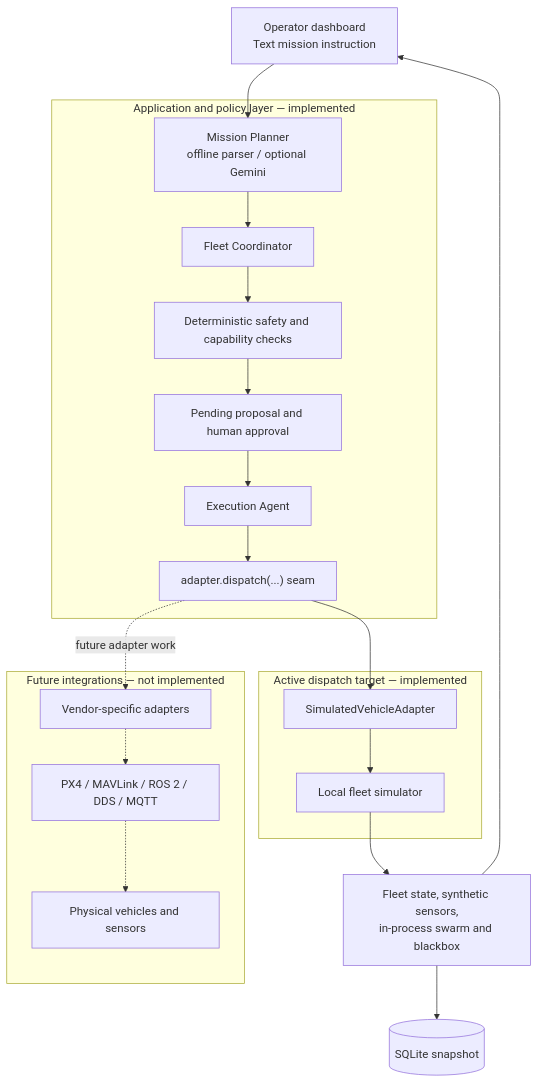
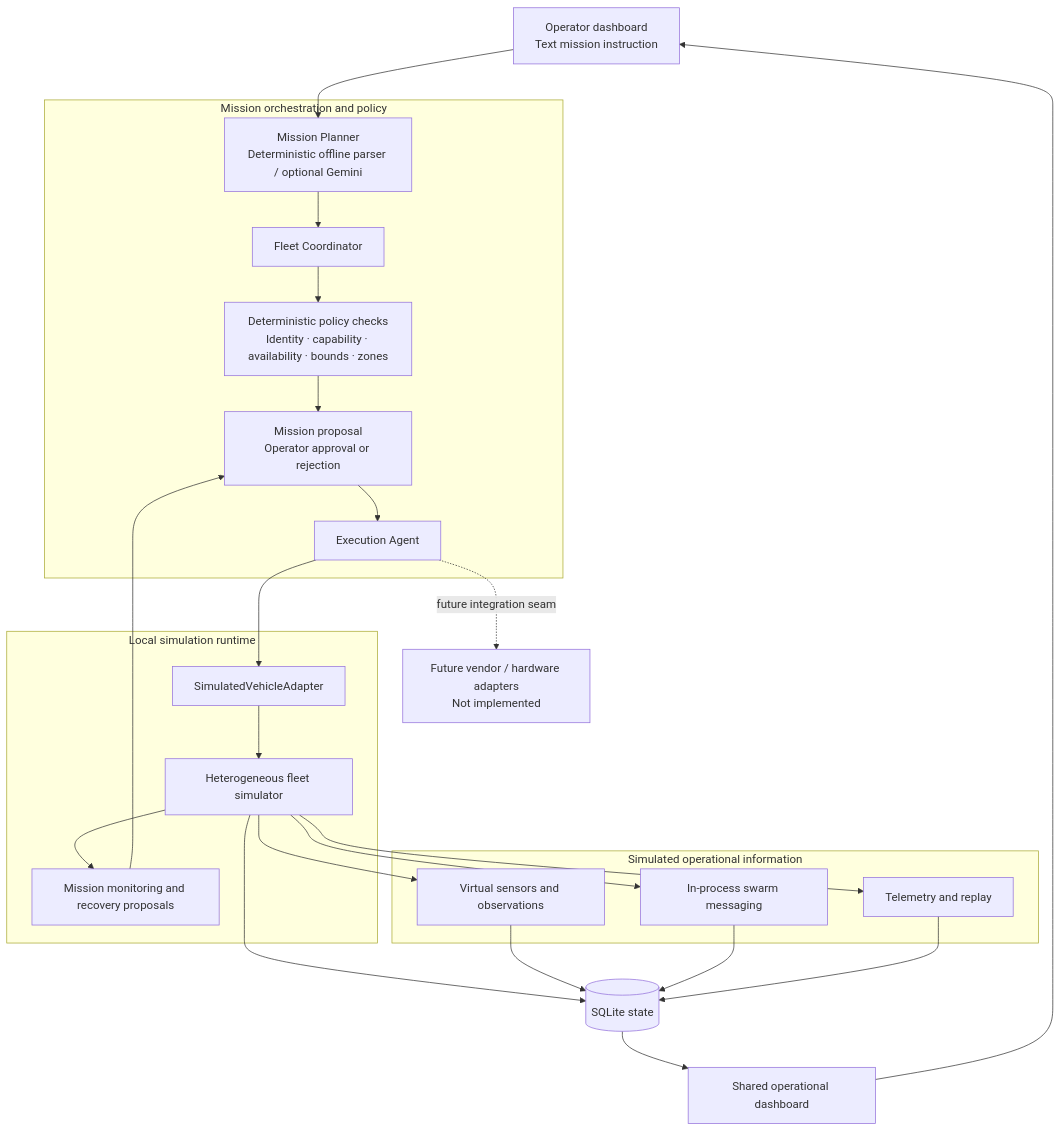
The diagram in README.md (kishxrx/OmniFleet-AI), drawn with Mermaid before and after one commit. The commit also changed other lines of this file, not shown here.

````diff
--- a/README.md
+++ b/README.md
@@ -21,28 +30,45 @@
 ```mermaid
 flowchart TB
     OP["Operator dashboard<br/>Text mission instruction"]
-    subgraph APP["Application and policy layer — implemented"]
-        PLAN["Mission Planner<br/>offline parser / optional Gemini"]
+
+    subgraph CONTROL["Mission orchestration and policy"]
+        PLAN["Mission Planner<br/>Deterministic offline parser / optional Gemini"]
         COORD["Fleet Coordinator"]
-        POLICY["Deterministic safety and capability checks"]
-        APPROVAL["Pending proposal and human approval"]
+        POLICY["Deterministic policy checks<br/>Identity · capability · availability · bounds · zones"]
+        APPROVAL["Mission proposal<br/>Operator approval or rejection"]
         EXEC["Execution Agent"]
-        DISPATCH["adapter.dispatch(...) seam"]
-        PLAN --> COORD --> POLICY --> APPROVAL --> EXEC --> DISPATCH
+        PLAN --> COORD --> POLICY --> APPROVAL --> EXEC
     end
+
+    subgraph RUNTIME["Local simulation runtime"]
+        ADAPTER["SimulatedVehicleAdapter"]
+        SIM["Heterogeneous fleet simulator"]
+        MONITOR["Mission monitoring and recovery proposals"]
+        ADAPTER --> SIM --> MONITOR
+    end
+
+    subgraph INTELLIGENCE["Simulated operational information"]
+        SENSORS["Virtual sensors and observations"]
+        SWARM["In-process swarm messaging"]
+        BLACKBOX["Telemetry and replay"]
+    end
+
+    STATE[("SQLite state")]
+    VIEW["Shared operational dashboard"]
+
     OP --> PLAN
-    subgraph ACTIVE["Active dispatch target — implemented"]
-        SIMADAPTER["SimulatedVehicleAdapter"] --> SIM["Local fleet simulator"]
-    end
-    DISPATCH --> SIMADAPTER
-    SIM --> STATE["Fleet state, synthetic sensors,<br/>in-process swarm and blackbox"]
-    STATE --> DB[("SQLite snapshot")]
-    STATE --> OP
-    subgraph FUTURE["Future integrations — not implemented"]
-        VENDOR["Vendor-specific adapters"]
-        PROTOCOLS["PX4 / MAVLink / ROS 2 / DDS / MQTT"]
-        PHYSICAL["Physical vehicles and sensors"]
-        VENDOR -.-> PROTOCOLS -.-> PHYSICAL
-    end
-    DISPATCH -. "future adapter work" .-> VENDOR
+    EXEC --> ADAPTER
+    SIM --> SENSORS
+    SIM --> SWARM
+    SIM --> BLACKBOX
+    MONITOR --> APPROVAL
+    SIM --> STATE
+    SENSORS --> STATE
+    SWARM --> STATE
+    BLACKBOX --> STATE
+    STATE --> VIEW
+    VIEW --> OP
+
+    FUTURE["Future vendor / hardware adapters<br/>Not implemented"]
+    EXEC -. "future integration seam" .-> FUTURE
 ```
````
